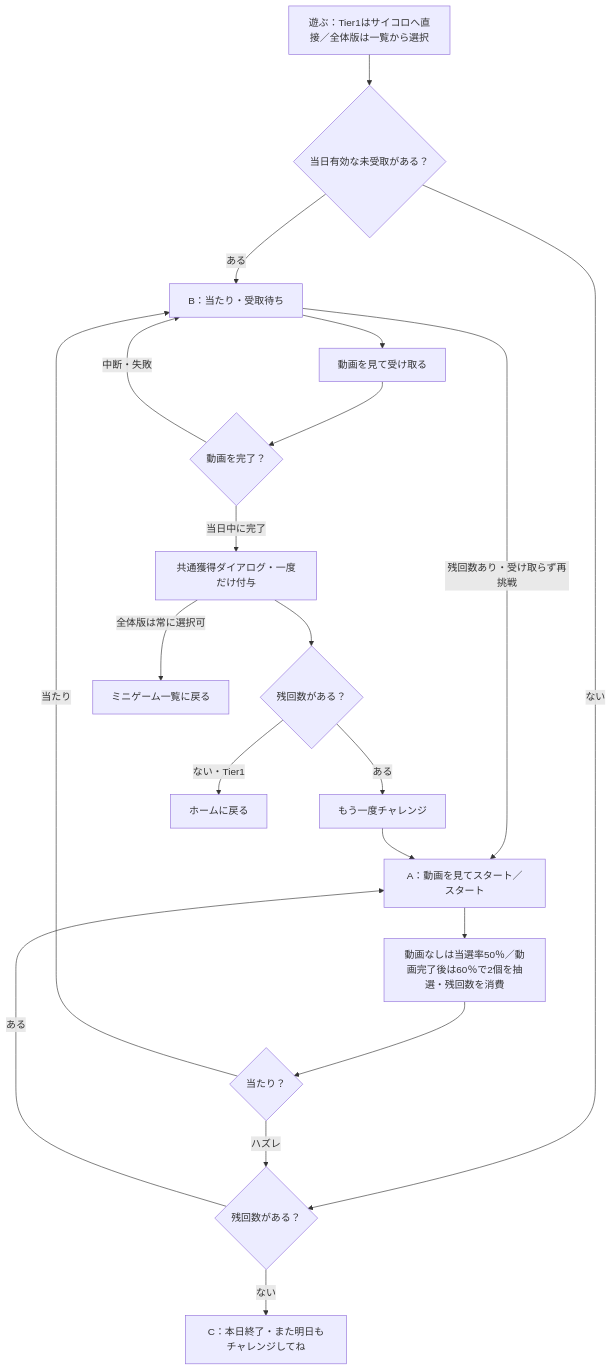
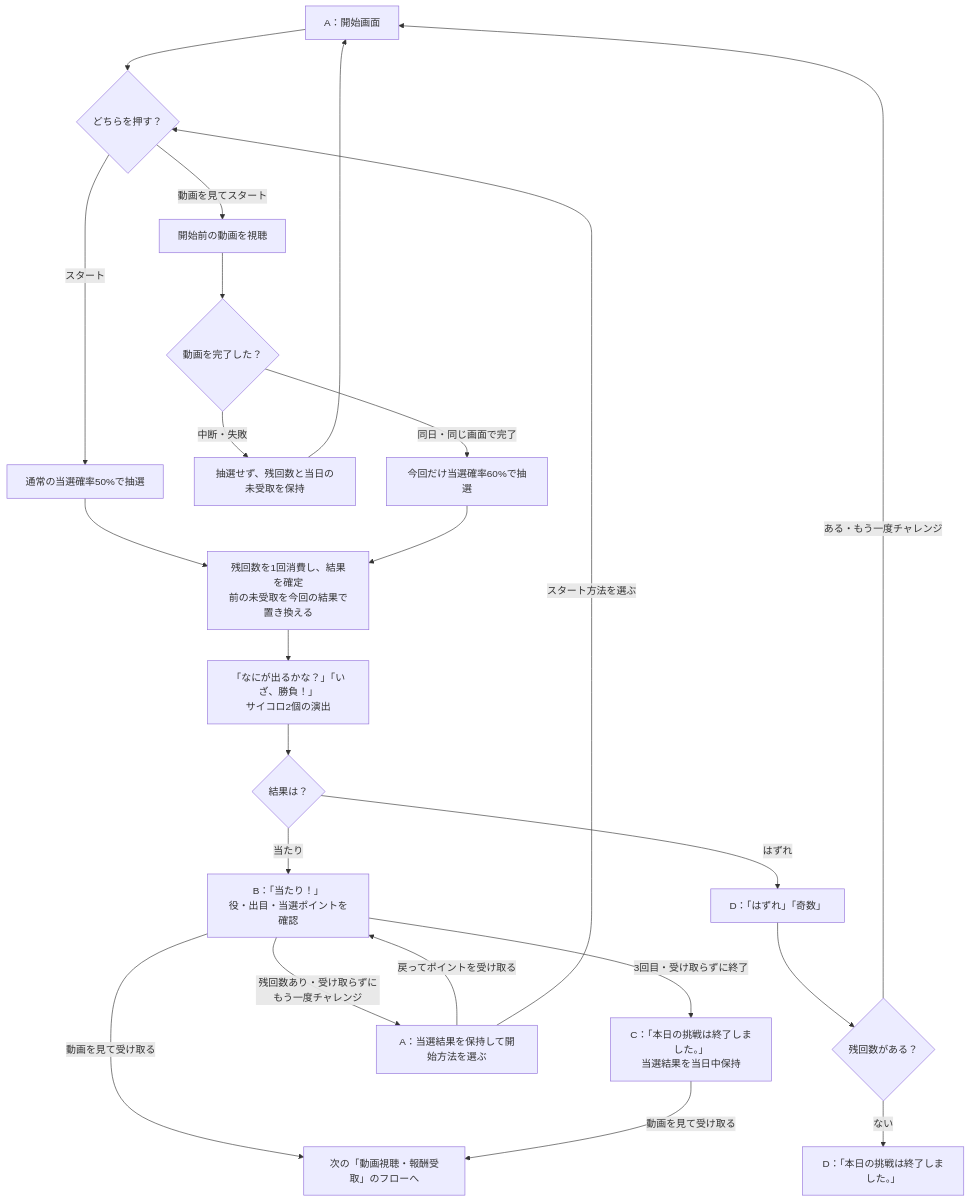
Before and after one commit to Min-Thu-Khant/pochipo-mock-en: the second of 3 diagrams in docs/prd/features/F11-mini-games.md, drawn with Mermaid. The commit also changed other lines of this file and 35 other files, not shown here.

Commit message:
fix: align dice flow, shared UI and review PRDs

````diff
--- a/docs/prd/features/F11-mini-games.md
+++ b/docs/prd/features/F11-mini-games.md
@@ -71,22 +118,25 @@
 ```mermaid
 flowchart TD
-  Entry["遊ぶ：Tier1はサイコロへ直接／全体版は一覧から選択"] --> Held{"当日有効な未受取がある？"}
-  Held -->|ある| B["B：当たり・受取待ち"]
-  Held -->|ない| Left{"残回数がある？"}
-  Left -->|ある| A["A：動画を見てスタート／スタート"]
-  Left -->|ない| C["C：本日終了・また明日もチャレンジしてね"]
-  A --> Draw["動画なしは当選率50％／動画完了後は60％で2個を抽選・残回数を消費"]
-  Draw --> Result{"当たり？"}
-  Result -->|当たり| B
-  Result -->|ハズレ| Left
-  B --> Claim["動画を見て受け取る"]
-  B -->|残回数あり・受け取らず再挑戦| A
-  Claim --> Ad{"動画を完了？"}
-  Ad -->|中断・失敗| B
-  Ad -->|当日中に完了| Paid["共通獲得ダイアログ・一度だけ付与"]
-  Paid --> Next{"残回数がある？"}
-  Next -->|ある| Retry["もう一度チャレンジ"]
-  Retry --> A
-  Paid -->|全体版は常に選択可| List["ミニゲーム一覧に戻る"]
-  Next -->|ない・Tier1| Home["ホームに戻る"]
+  A["A：開始画面"] --> Choice{"どちらを押す？"}
+  Choice -->|スタート| Normal["通常の当選確率50%で抽選"]
+  Choice -->|動画を見てスタート| Ad["開始前の動画を視聴"]
+  Ad --> Complete{"動画を完了した？"}
+  Complete -->|中断・失敗| Keep["抽選せず、残回数と当日の未受取を保持"]
+  Keep --> A
+  Complete -->|同日・同じ画面で完了| Boost["今回だけ当選確率60%で抽選"]
+  Normal --> Draw["残回数を1回消費し、結果を確定<br/>前の未受取を今回の結果で置き換える"]
+  Boost --> Draw
+  Draw --> Animation["「なにが出るかな？」「いざ、勝負！」<br/>サイコロ2個の演出"]
+  Animation --> Result{"結果は？"}
+  Result -->|当たり| B["B：「当たり！」<br/>役・出目・当選ポイントを確認"]
+  Result -->|はずれ| D["D：「はずれ」「奇数」"]
+  D --> MissLeft{"残回数がある？"}
+  MissLeft -->|ある・もう一度チャレンジ| A
+  MissLeft -->|ない| MissEnd["D：「本日の挑戦は終了しました。」"]
+  B -->|動画を見て受け取る| Receive["次の「動画視聴・報酬受取」のフローへ"]
+  B -->|残回数あり・受け取らずにもう一度チャレンジ| Retry["A：当選結果を保持して開始方法を選ぶ"]
+  Retry -->|戻ってポイントを受け取る| B
+  Retry -->|スタート方法を選ぶ| Choice
+  B -->|3回目・受け取らずに終了| C["C：「本日の挑戦は終了しました。」<br/>当選結果を当日中保持"]
+  C -->|動画を見て受け取る| Receive
 ```
````
